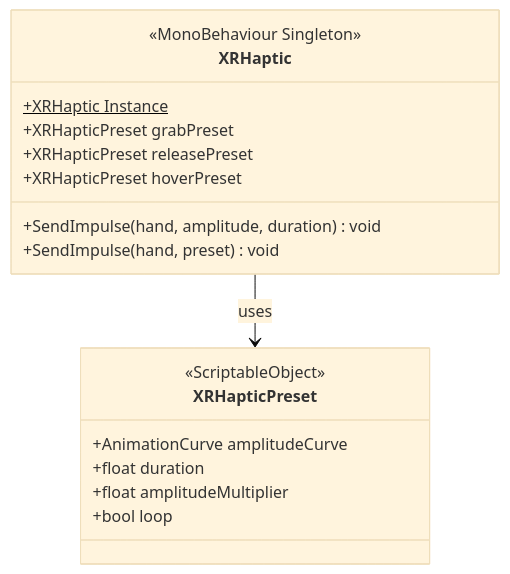
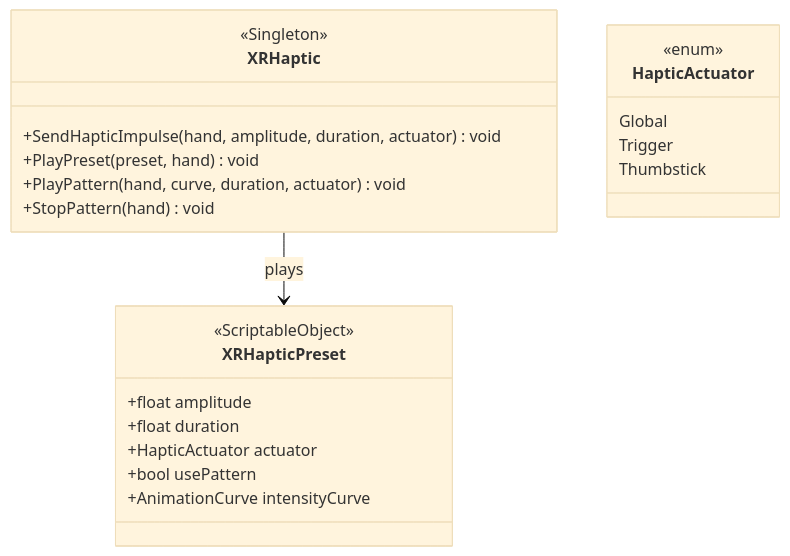
The third of 3 diagrams in Documentation/Input.md (Louis27140/XR-Interactions), drawn with Mermaid (base theme) before and after one commit. The commit also changed other lines of this file and 31 other files, not shown here.

````diff
--- a/Documentation/Input.md
+++ b/Documentation/Input.md
@@ -84,22 +184,28 @@
 ```mermaid
 classDiagram
     class XRHaptic {
-        <<MonoBehaviour Singleton>>
-        +XRHaptic Instance$
-        +XRHapticPreset grabPreset
-        +XRHapticPreset releasePreset
-        +XRHapticPreset hoverPreset
-        +SendImpulse(hand, amplitude, duration) void
-        +SendImpulse(hand, preset) void
+        <<Singleton>>
+        +SendHapticImpulse(hand, amplitude, duration, actuator) void
+        +PlayPreset(preset, hand) void
+        +PlayPattern(hand, curve, duration, actuator) void
+        +StopPattern(hand) void
     }
-    
+
     class XRHapticPreset {
         <<ScriptableObject>>
-        +AnimationCurve amplitudeCurve
+        +float amplitude
         +float duration
-        +float amplitudeMultiplier
-        +bool loop
+        +HapticActuator actuator
+        +bool usePattern
+        +AnimationCurve intensityCurve
     }
-    
-    XRHaptic --> XRHapticPreset : uses
+
+    class HapticActuator {
+        <<enum>>
+        Global
+        Trigger
+        Thumbstick
+    }
+
+    XRHaptic --> XRHapticPreset : plays
 ```
````
